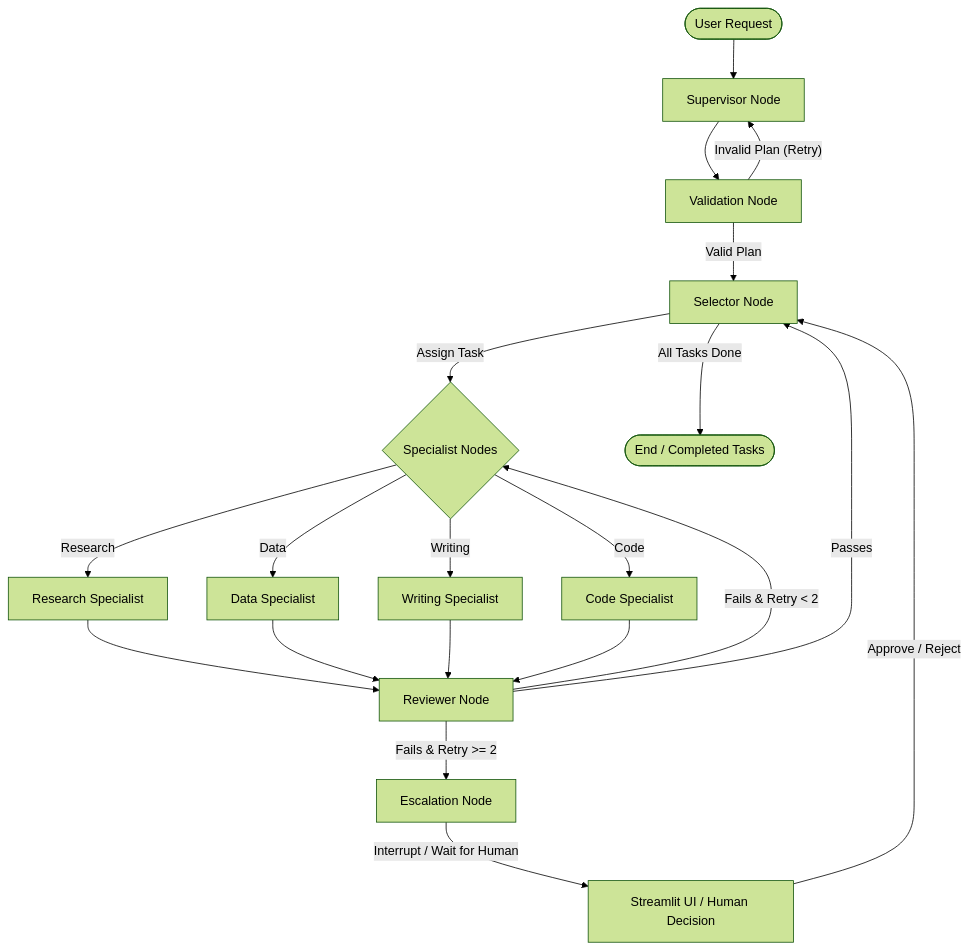
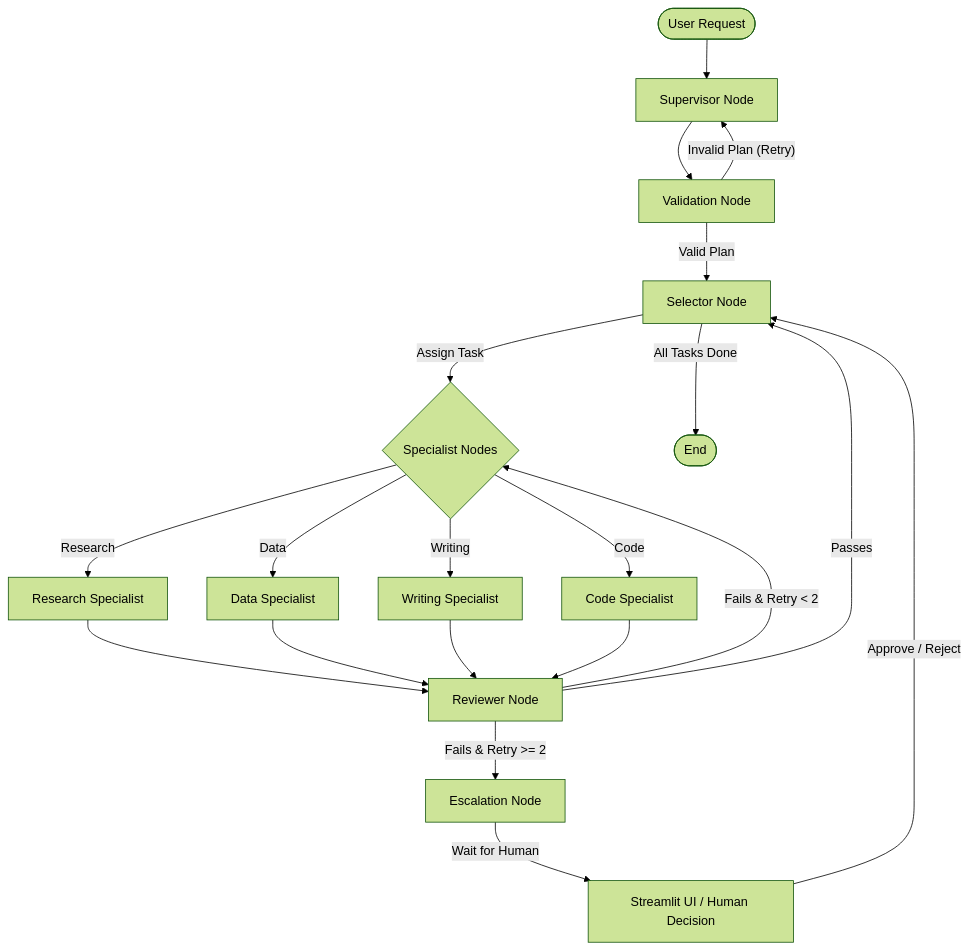
The diagram in README.md (divyyadav007/Agent-Orchestration-System-with-Tool-Use-Memory-and-Human-in-the-Loop), drawn with Mermaid (forest theme) before and after one commit. The commit also changed other lines of this file, not shown here.

````diff
--- a/README.md
+++ b/README.md
@@ -21,19 +13,19 @@
 ```mermaid
 graph TD
     User([User Request]) --> Supervisor[Supervisor Node]
     Supervisor --> Validate[Validation Node]
     Validate -- Valid Plan --> Selector[Selector Node]
     Validate -- Invalid Plan (Retry) --> Supervisor
     Selector -- Assign Task --> Specialist{Specialist Nodes}
     Specialist -- Research --> Research[Research Specialist]
     Specialist -- Data --> Data[Data Specialist]
     Specialist -- Writing --> Writing[Writing Specialist]
     Specialist -- Code --> Code[Code Specialist]
     Research & Data & Writing & Code --> Reviewer[Reviewer Node]
     Reviewer -- Passes --> Selector
     Reviewer -- Fails & Retry < 2 --> Specialist
     Reviewer -- Fails & Retry >= 2 --> Escalation[Escalation Node]
-    Escalation -- Interrupt / Wait for Human --> HumanUI[Streamlit UI / Human Decision]
+    Escalation -- Wait for Human --> HumanUI[Streamlit UI / Human Decision]
     HumanUI -- Approve / Reject --> Selector
-    Selector -- All Tasks Done --> END([End / Completed Tasks])
+    Selector -- All Tasks Done --> END([End])
 ```
````
